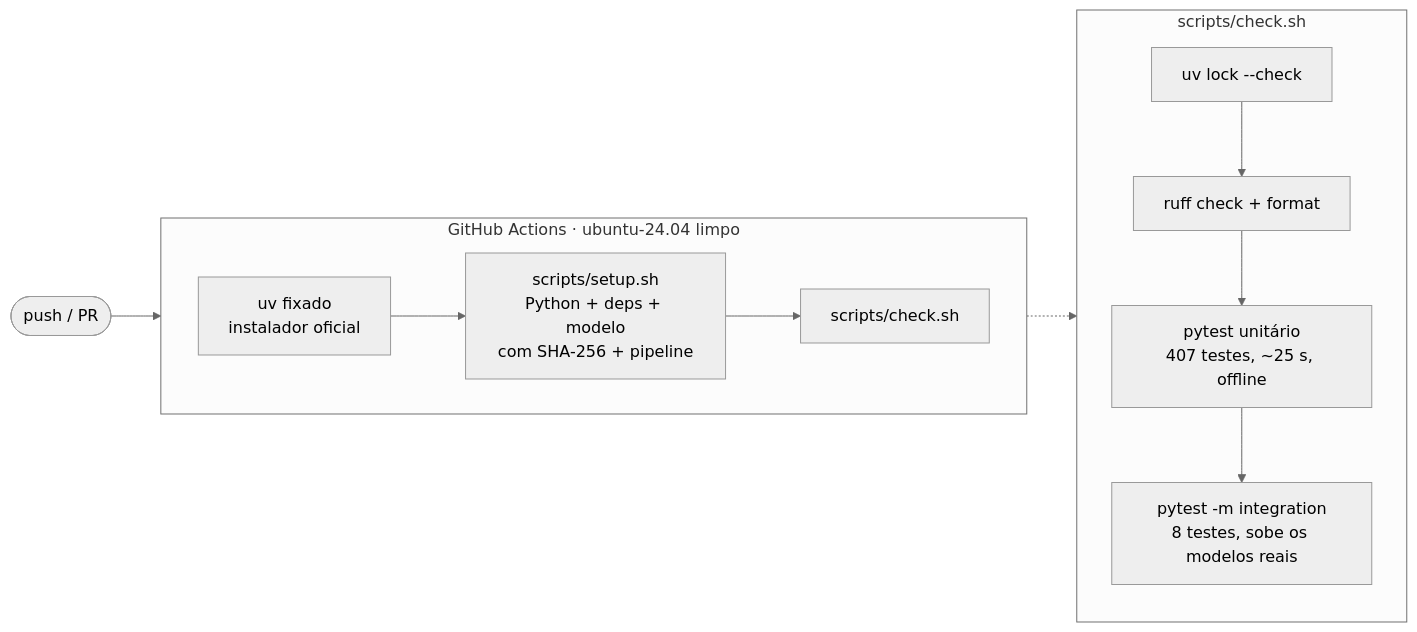
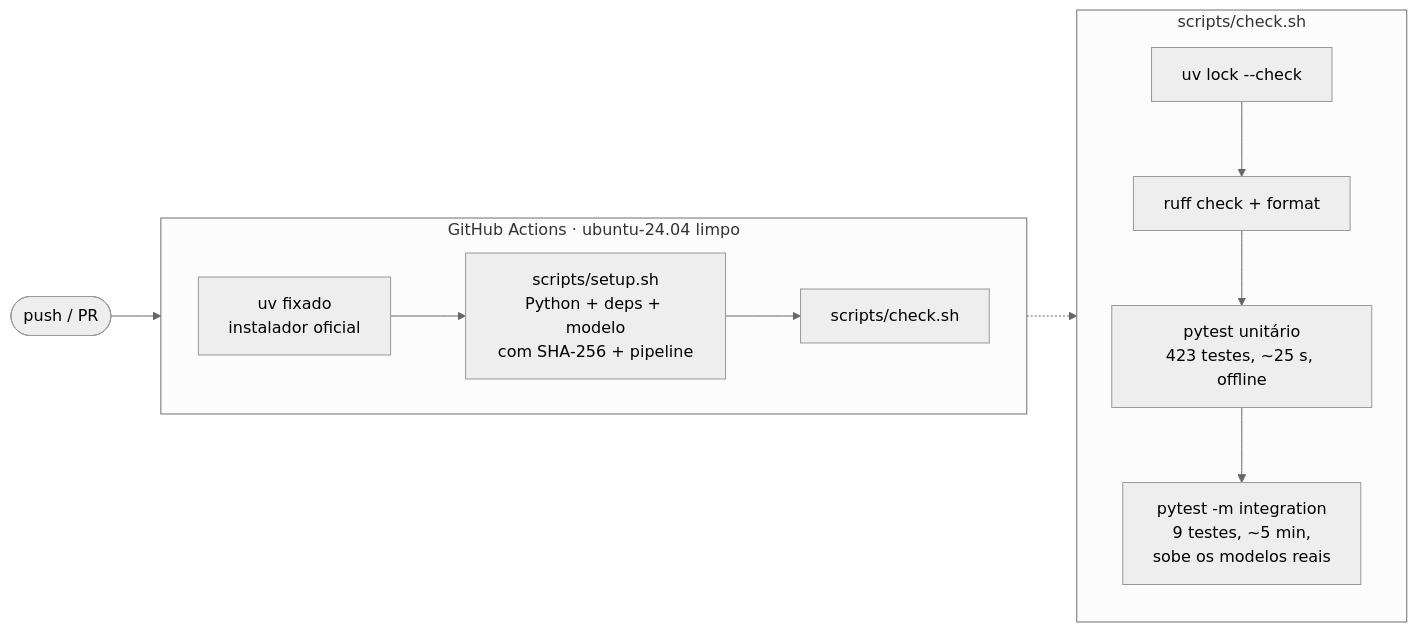
Before and after one commit to RonildoSilva/ai-engineer-challenge: the sixth of 17 diagrams in README.md, drawn with Mermaid (neutral theme). The commit also changed other lines of this file and 10 other files, not shown here.

````diff
--- a/README.md
+++ b/README.md
@@ -227,15 +229,15 @@
 ```mermaid
 flowchart LR
     P([push / PR]) --> CI
     subgraph CI[GitHub Actions · ubuntu-24.04 limpo]
         direction LR
         U[uv fixado<br/>instalador oficial] --> S[scripts/setup.sh<br/>Python + deps + modelo<br/>com SHA-256 + pipeline] --> K[scripts/check.sh]
     end
     subgraph K2[scripts/check.sh]
         direction TB
         L1[uv lock --check] --> L2[ruff check + format]
-        L2 --> L3[pytest unitário<br/>407 testes, ~25 s, offline]
-        L3 --> L4[pytest -m integration<br/>8 testes, sobe os modelos reais]
+        L2 --> L3[pytest unitário<br/>423 testes, ~25 s, offline]
+        L3 --> L4[pytest -m integration<br/>9 testes, ~5 min,<br/>sobe os modelos reais]
     end
     K -.-> K2
 ```
````
